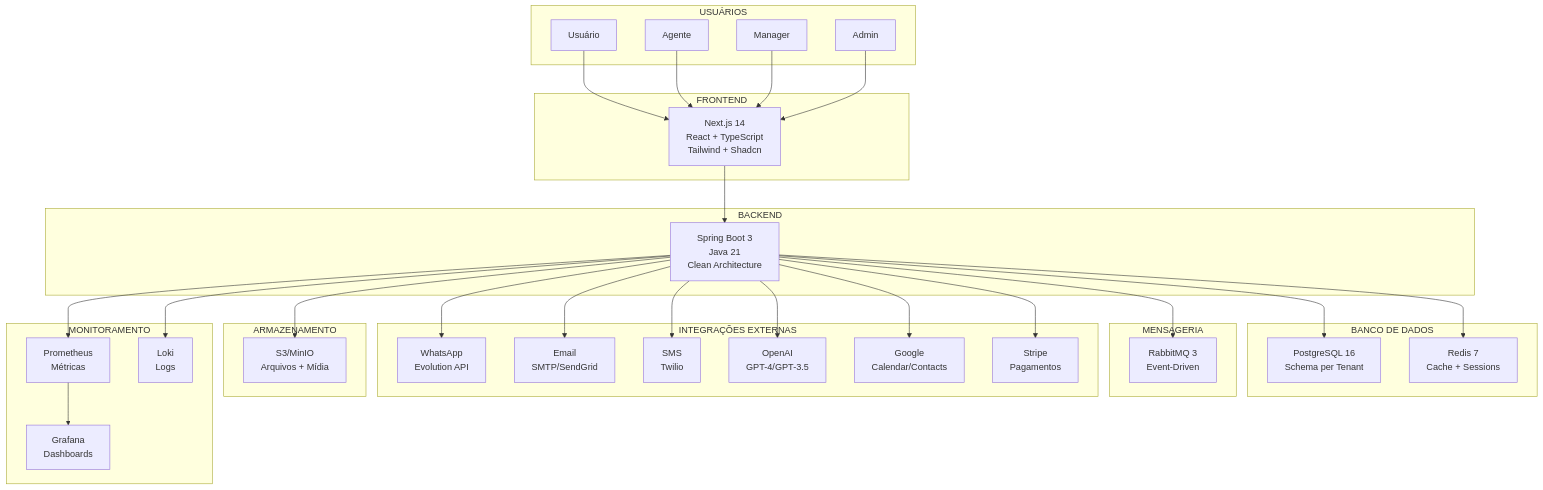
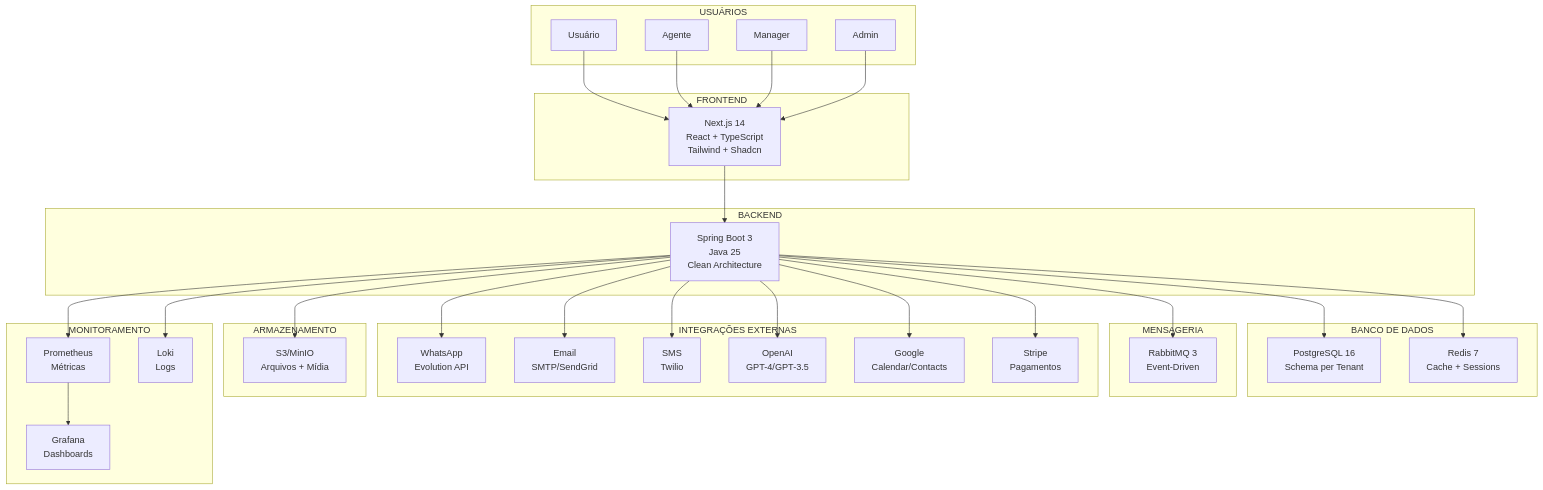
Before and after one commit to GhilhermeAlves/crm: the first of 8 diagrams in docs/SYSTEM_MAP.md, drawn with Mermaid. The commit also changed 69 other files, not shown here.

````diff
--- a/docs/SYSTEM_MAP.md
+++ b/docs/SYSTEM_MAP.md
@@ -24,64 +24,64 @@
 ```mermaid
 graph TB
     subgraph "USUÁRIOS"
         U[Usuário]
         A[Agente]
         M[Manager]
         AD[Admin]
     end
 
     subgraph "FRONTEND"
         FE[Next.js 14<br/>React + TypeScript<br/>Tailwind + Shadcn]
     end
 
     subgraph "BACKEND"
-        BE[Spring Boot 3<br/>Java 21<br/>Clean Architecture]
+        BE[Spring Boot 3<br/>Java 25<br/>Clean Architecture]
     end
 
     subgraph "BANCO DE DADOS"
         PG[PostgreSQL 16<br/>Schema per Tenant]
         RD[Redis 7<br/>Cache + Sessions]
     end
 
     subgraph "MENSAGERIA"
         RM[RabbitMQ 3<br/>Event-Driven]
     end
 
     subgraph "INTEGRAÇÕES EXTERNAS"
         WA[WhatsApp<br/>Evolution API]
         EM[Email<br/>SMTP/SendGrid]
         SM[SMS<br/>Twilio]
         OAI[OpenAI<br/>GPT-4/GPT-3.5]
         GG[Google<br/>Calendar/Contacts]
         ST[Stripe<br/>Pagamentos]
     end
 
     subgraph "ARMAZENAMENTO"
         S3[S3/MinIO<br/>Arquivos + Mídia]
     end
 
     subgraph "MONITORAMENTO"
         PR[Prometheus<br/>Métricas]
         GF[Grafana<br/>Dashboards]
         LK[Loki<br/>Logs]
     end
 
     U --> FE
     A --> FE
     M --> FE
     AD --> FE
     FE --> BE
     BE --> PG
     BE --> RD
     BE --> RM
     BE --> WA
     BE --> EM
     BE --> SM
     BE --> OAI
     BE --> GG
     BE --> ST
     BE --> S3
     BE --> PR
     PR --> GF
     BE --> LK
 ```
````
